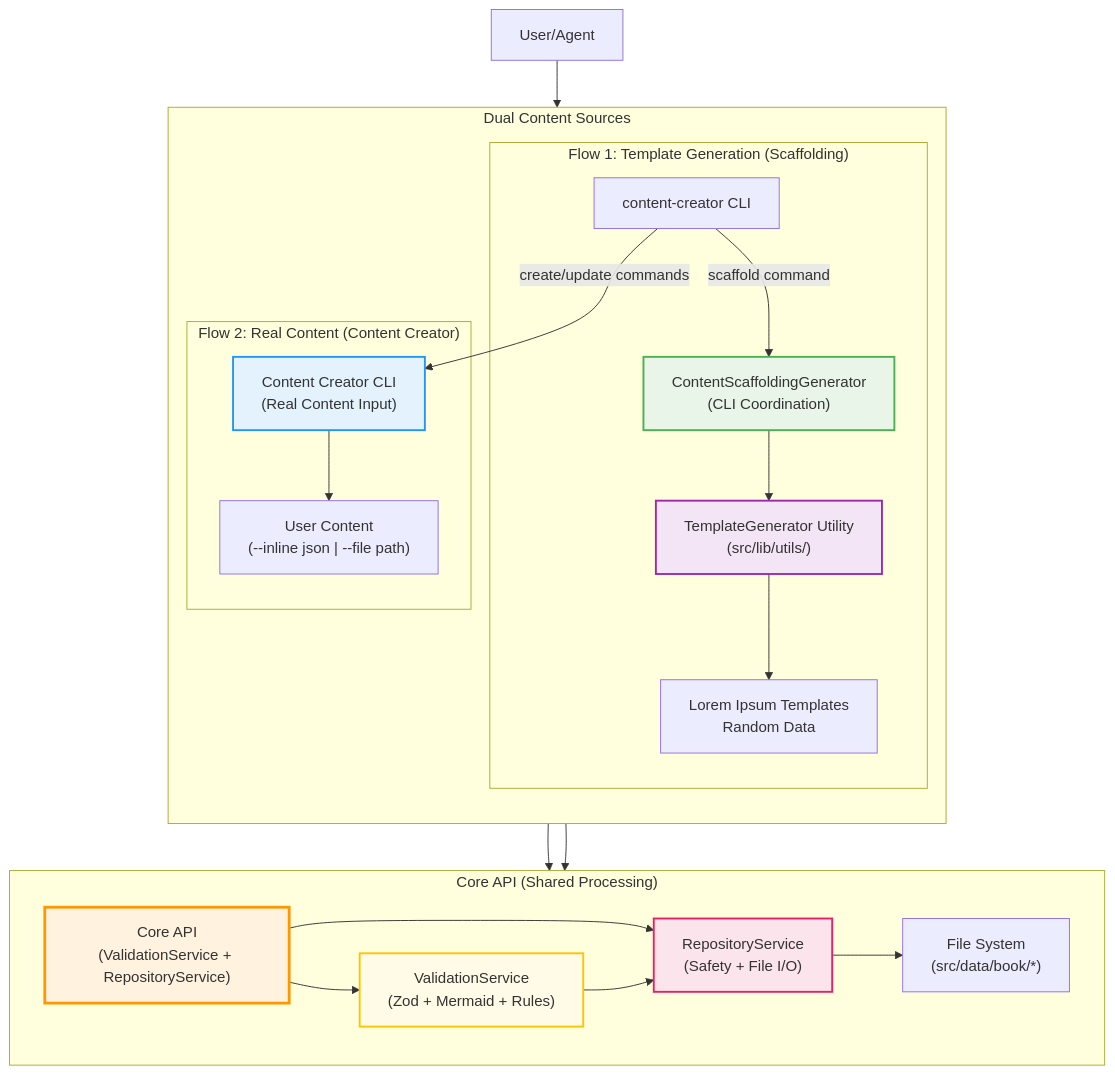
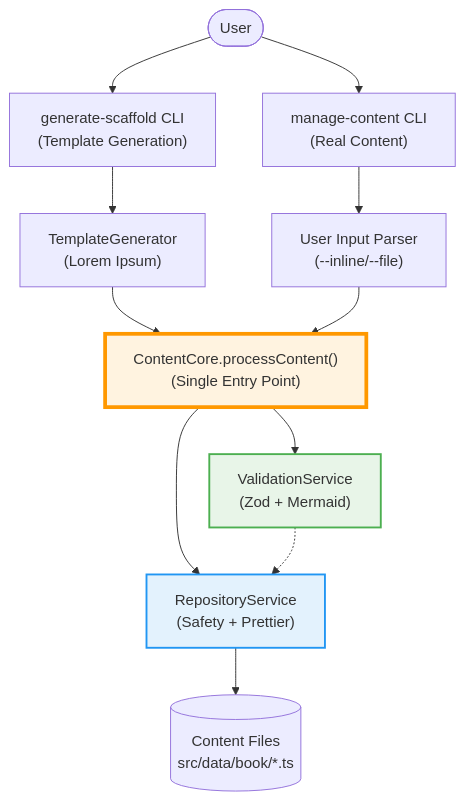
Before and after one commit to castocolina/learn-cloud: the first of 4 diagrams in PLAN-CONTENT-GENERATION.md, drawn with Mermaid. The commit also changed other lines of this file and 84 other files, not shown here.

First line of the commit message:
refactor(architecture): testing + content generation + task modularity

````diff
--- a/PLAN-CONTENT-GENERATION.md
+++ b/PLAN-CONTENT-GENERATION.md
@@ -11,37 +20,23 @@
 ```mermaid
 flowchart TB
-    User["User/Agent"] --> CLI["content-creator CLI"]
+    User([User])
 
-    subgraph "Dual Content Sources"
-        direction TB
+    User --> ScaffoldCLI["generate-scaffold CLI<br/>(Template Generation)"]
+    User --> ManageCLI["manage-content CLI<br/>(Real Content)"]
 
-        subgraph "Flow 1: Template Generation (Scaffolding)"
-            CLI -- "scaffold command" --> ScaffoldGen["ContentScaffoldingGenerator<br/>(CLI Coordination)"]
-            ScaffoldGen --> TemplateUtil["TemplateGenerator Utility<br/>(src/lib/utils/)"]
-            TemplateUtil --> TemplateContent["Lorem Ipsum Templates<br/>Random Data"]
-        end
+    ScaffoldCLI --> TemplateGen["TemplateGenerator<br/>(Lorem Ipsum)"]
+    ManageCLI --> UserInput["User Input Parser<br/>(--inline/--file)"]
 
-        subgraph "Flow 2: Real Content (Content Creator)"
-            CLI -- "create/update commands" --> ContentCreator["Content Creator CLI<br/>(Real Content Input)"]
-            ContentCreator --> RealContent["User Content<br/>(--inline json | --file path)"]
-        end
-    end
+    TemplateGen --> ContentCore["ContentCore.processContent()<br/>(Single Entry Point)"]
+    UserInput --> ContentCore
 
-    subgraph "Core API (Shared Processing)"
-        direction LR
-        TemplateContent --> CoreAPI["Core API<br/>(ValidationService + RepositoryService)"]
-        RealContent --> CoreAPI
-        CoreAPI --> VS["ValidationService<br/>(Zod + Mermaid + Rules)"]
-        CoreAPI --> RS["RepositoryService<br/>(Safety + File I/O)"]
-        VS --> RS
-        RS --> FileSystem["File System<br/>(src/data/book/*)"]
-    end
+    ContentCore --> VS["ValidationService<br/>(Zod + Mermaid)"]
+    ContentCore --> RS["RepositoryService<br/>(Safety + Prettier)"]
 
-    %% Styling
-    style ScaffoldGen fill:#e8f5e8,stroke:#4caf50,stroke-width:2px
-    style TemplateUtil fill:#f3e5f5,stroke:#9c27b0,stroke-width:2px
-    style ContentCreator fill:#e3f2fd,stroke:#2196f3,stroke-width:2px
-    style CoreAPI fill:#fff3e0,stroke:#ff9800,stroke-width:3px
-    style VS fill:#fffbe6,stroke:#ffc400,stroke-width:2px
-    style RS fill:#fce4ec,stroke:#e91e63,stroke-width:2px
+    VS -.-> RS
+    RS --> Files[("Content Files<br/>src/data/book/*.ts")]
+
+    style ContentCore fill:#fff3e0,stroke:#ff9800,stroke-width:4px
+    style VS fill:#e8f5e8,stroke:#4caf50,stroke-width:2px
+    style RS fill:#e3f2fd,stroke:#2196f3,stroke-width:2px
 ```
````
